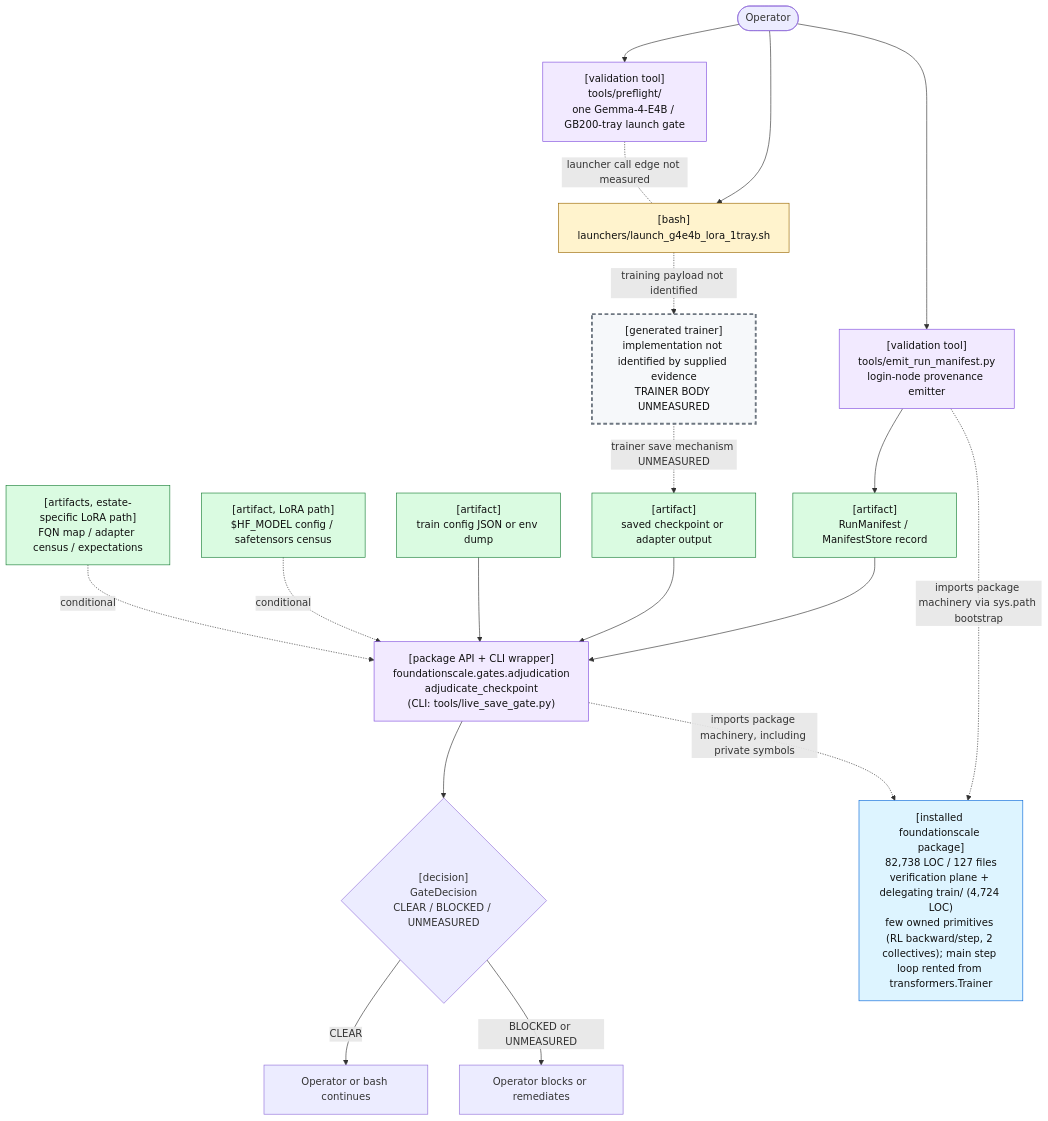
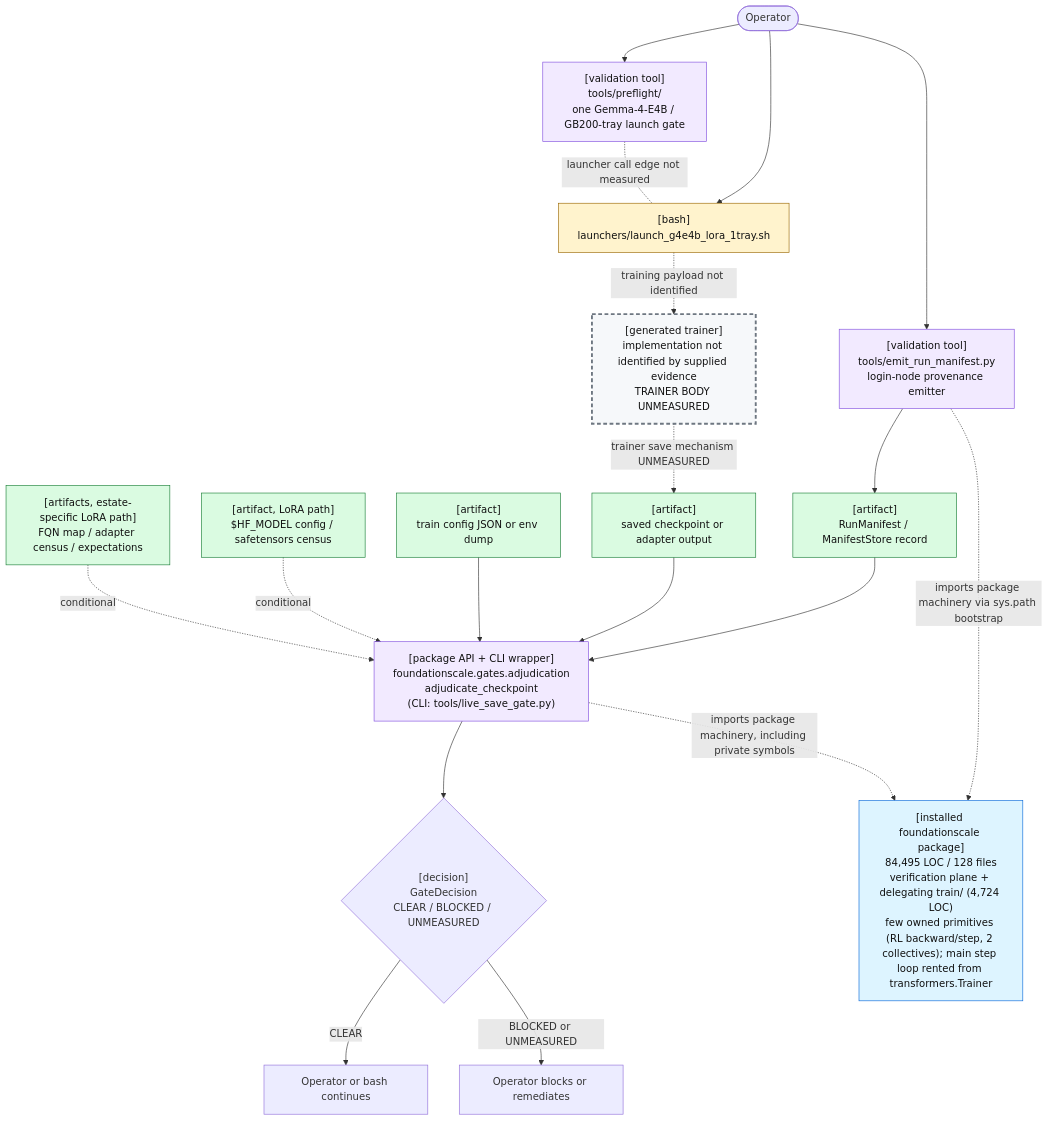
Before and after one commit to TranNhiem/FoundationScale: the first of 2 diagrams in docs/review/D2_current_architecture.md, drawn with Mermaid. The commit also changed other lines of this file and 14 other files, not shown here.

````diff
--- a/docs/review/D2_current_architecture.md
+++ b/docs/review/D2_current_architecture.md
@@ -25,59 +25,59 @@
 ```mermaid
 flowchart TB
   O(["Operator"])
 
   PF["[validation tool]<br/>tools/preflight/<br/>one Gemma-4-E4B / GB200-tray launch gate"]
   L["[bash]<br/>launchers/launch_g4e4b_lora_1tray.sh"]
 
   E["[validation tool]<br/>tools/emit_run_manifest.py<br/>login-node provenance emitter"]
   M["[artifact]<br/>RunManifest / ManifestStore record"]
 
   T["[generated trainer]<br/>implementation not identified by supplied evidence<br/>TRAINER BODY UNMEASURED"]
   C["[artifact]<br/>saved checkpoint or adapter output"]
 
   G["[package API + CLI wrapper]<br/>foundationscale.gates.adjudication<br/>adjudicate_checkpoint<br/>(CLI: tools/live_save_gate.py)"]
   CFG["[artifact]<br/>train config JSON or env dump"]
   BASE["[artifact, LoRA path]<br/>$HF_MODEL config / safetensors census"]
   CEN["[artifacts, estate-specific LoRA path]<br/>FQN map / adapter census / expectations"]
 
   D{"[decision]<br/>GateDecision<br/>CLEAR / BLOCKED / UNMEASURED"}
   OK["Operator or bash continues"]
   NO["Operator blocks or remediates"]
 
-  PKG["[installed foundationscale package]<br/>82,738 LOC / 127 files<br/>verification plane + delegating train/ (4,724 LOC)<br/>few owned primitives (RL backward/step, 2 collectives); main step loop rented from transformers.Trainer"]
+  PKG["[installed foundationscale package]<br/>84,495 LOC / 128 files<br/>verification plane + delegating train/ (4,724 LOC)<br/>few owned primitives (RL backward/step, 2 collectives); main step loop rented from transformers.Trainer"]
 
   O --> PF
   O --> L
   PF -. "launcher call edge not measured" .- L
 
   O --> E
   E --> M
 
   L -. "training payload not identified" .-> T
   T -. "trainer save mechanism UNMEASURED" .-> C
 
   M --> G
   C --> G
   CFG --> G
   BASE -. "conditional" .-> G
   CEN -. "conditional" .-> G
 
   E -. "imports package machinery via sys.path bootstrap" .-> PKG
   G -. "imports package machinery, including private symbols" .-> PKG
 
   G --> D
   D -->|"CLEAR"| OK
   D -->|"BLOCKED or UNMEASURED"| NO
 
   classDef bash fill:#fff3cd,stroke:#9a6700,color:#111;
   classDef tool fill:#f2eaff,stroke:#8250df,color:#111;
   classDef artifact fill:#dafbe1,stroke:#1a7f37,color:#111;
   classDef gap fill:#f6f8fa,stroke:#6e7781,stroke-width:3px,stroke-dasharray: 6 4,color:#111;
   classDef pkg fill:#ddf4ff,stroke:#0969da,color:#111;
 
   class L bash;
   class PF,E,G tool;
   class M,C,CFG,BASE,CEN artifact;
   class T gap;
   class PKG pkg;
 ```
````
